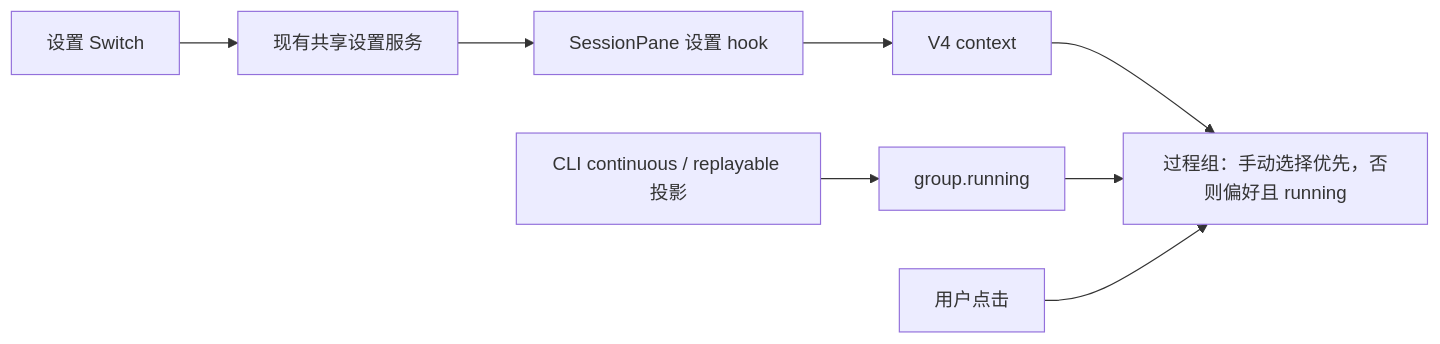
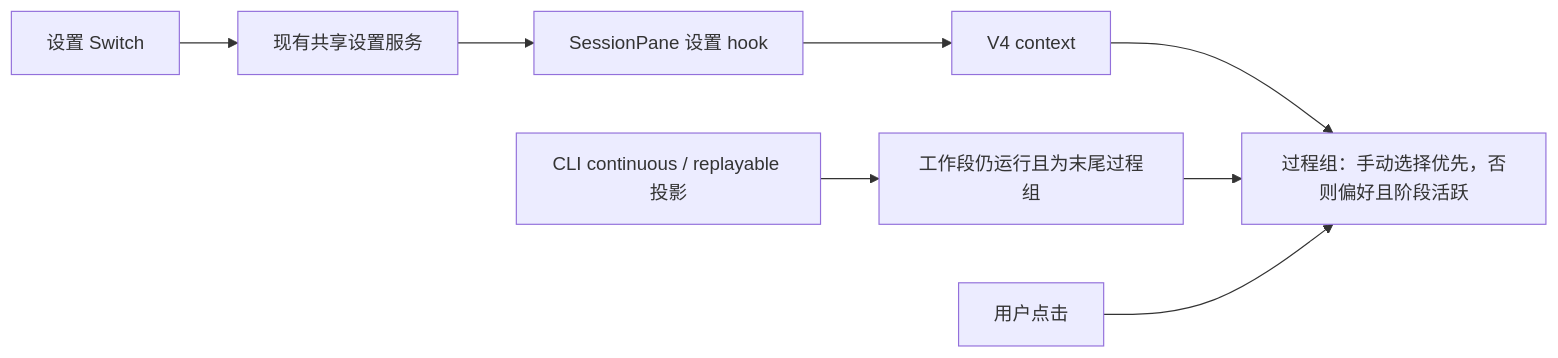
The third of 3 diagrams in docs/ui/execution-activity-collapse.md (xiaobaoaaaaaa/ZCode), drawn with Mermaid before and after one commit. The commit also changed other lines of this file and 8 other files, not shown here.

````diff
--- a/docs/ui/execution-activity-collapse.md
+++ b/docs/ui/execution-activity-collapse.md
@@ -191,10 +194,10 @@
 ```mermaid
 flowchart LR
   S[设置 Switch] --> P[现有共享设置服务]
   P --> H[SessionPane 设置 hook]
   H --> V[V4 context]
-  C[CLI continuous / replayable 投影] --> R[group.running]
-  V --> G[过程组：手动选择优先，否则偏好且 running]
+  C[CLI continuous / replayable 投影] --> R[工作段仍运行且为末尾过程组]
+  V --> G[过程组：手动选择优先，否则偏好且阶段活跃]
   R --> G
   U[用户点击] --> G
 ```
````
